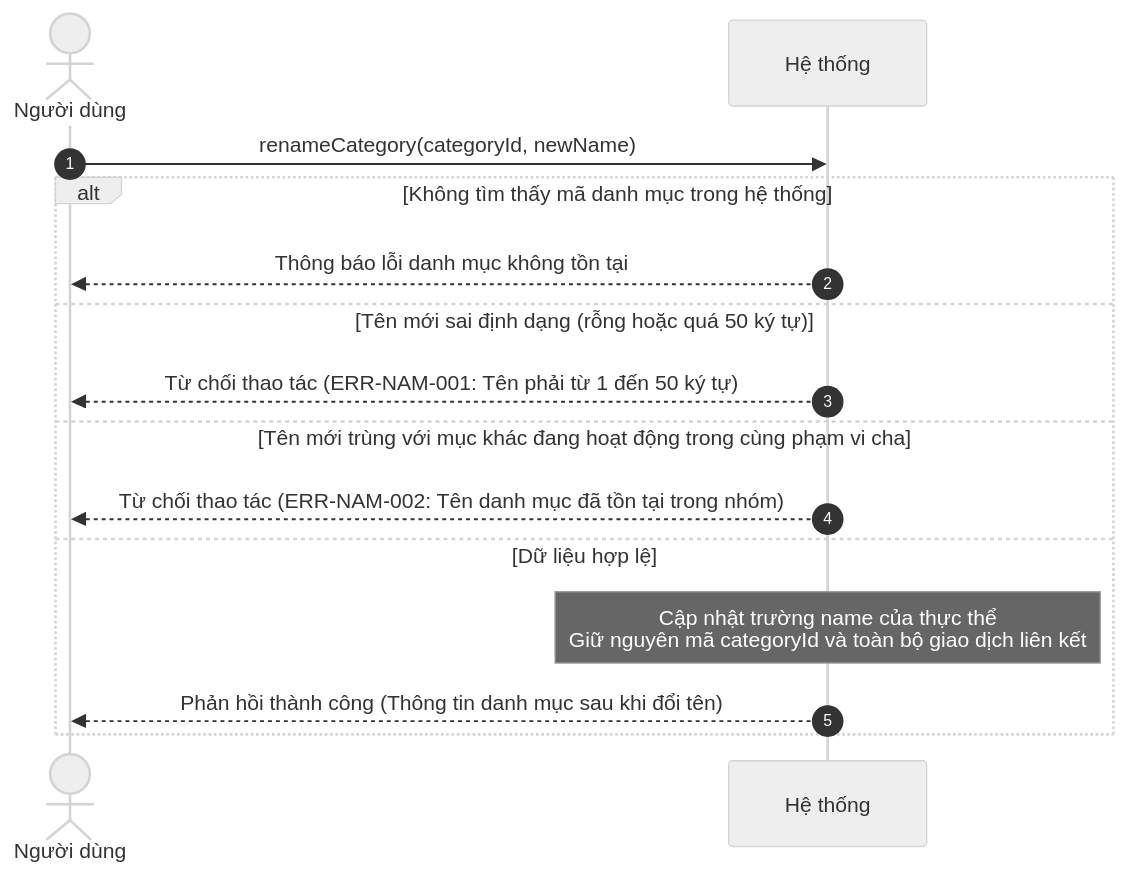
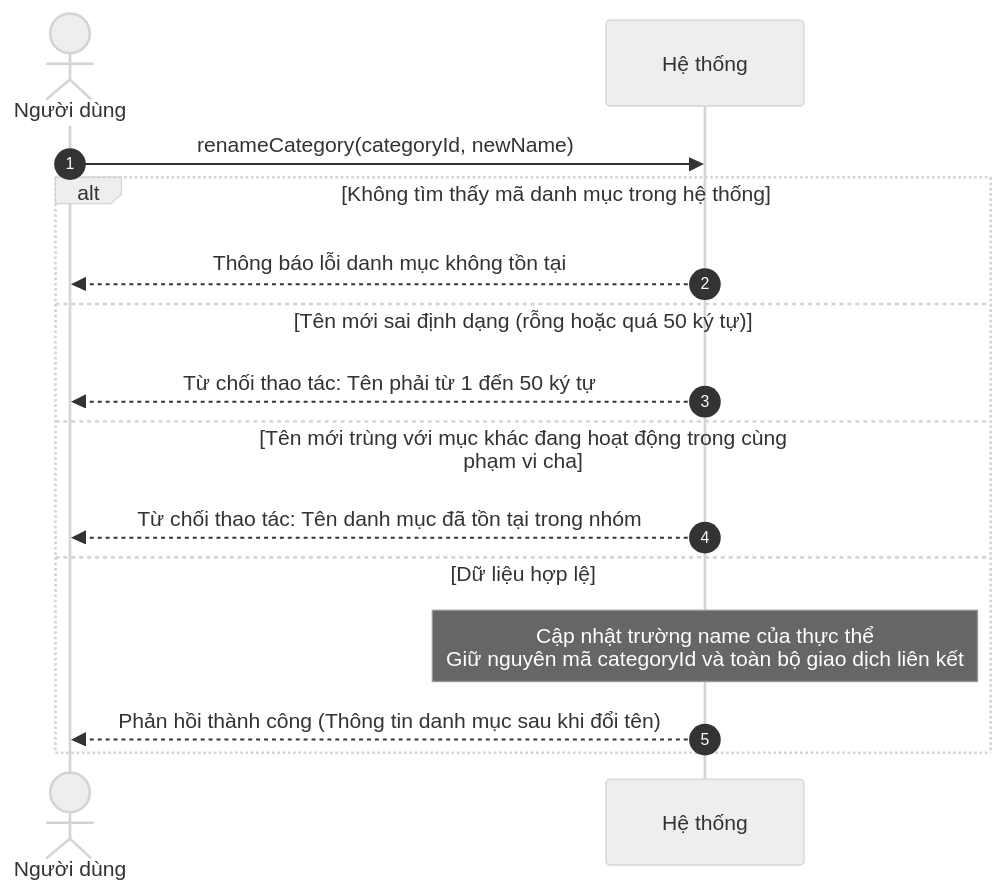
Before and after one commit to mynhleeh/pfms-oop: the second of 9 diagrams in docs/object-oriented-analysis/03-so-do-tuan-tu-he-thong-ssd.md, drawn with Mermaid (neutral theme). The commit also changed other lines of this file and 1 other file, not shown here.

````diff
--- a/docs/object-oriented-analysis/03-so-do-tuan-tu-he-thong-ssd.md
+++ b/docs/object-oriented-analysis/03-so-do-tuan-tu-he-thong-ssd.md
@@ -329,18 +329,18 @@
 ```mermaid
 sequenceDiagram
     autonumber
     actor User as Người dùng
     participant System as Hệ thống
 
     User->>System: renameCategory(categoryId, newName)
     alt Không tìm thấy mã danh mục trong hệ thống
         System-->>User: Thông báo lỗi danh mục không tồn tại
     else Tên mới sai định dạng (rỗng hoặc quá 50 ký tự)
-        System-->>User: Từ chối thao tác (ERR-NAM-001: Tên phải từ 1 đến 50 ký tự)
+        System-->>User: Từ chối thao tác: Tên phải từ 1 đến 50 ký tự
     else Tên mới trùng với mục khác đang hoạt động trong cùng phạm vi cha
-        System-->>User: Từ chối thao tác (ERR-NAM-002: Tên danh mục đã tồn tại trong nhóm)
+        System-->>User: Từ chối thao tác: Tên danh mục đã tồn tại trong nhóm
     else Dữ liệu hợp lệ
         Note over System: Cập nhật trường name của thực thể<br/>Giữ nguyên mã categoryId và toàn bộ giao dịch liên kết
         System-->>User: Phản hồi thành công (Thông tin danh mục sau khi đổi tên)
     end
 ```
````
